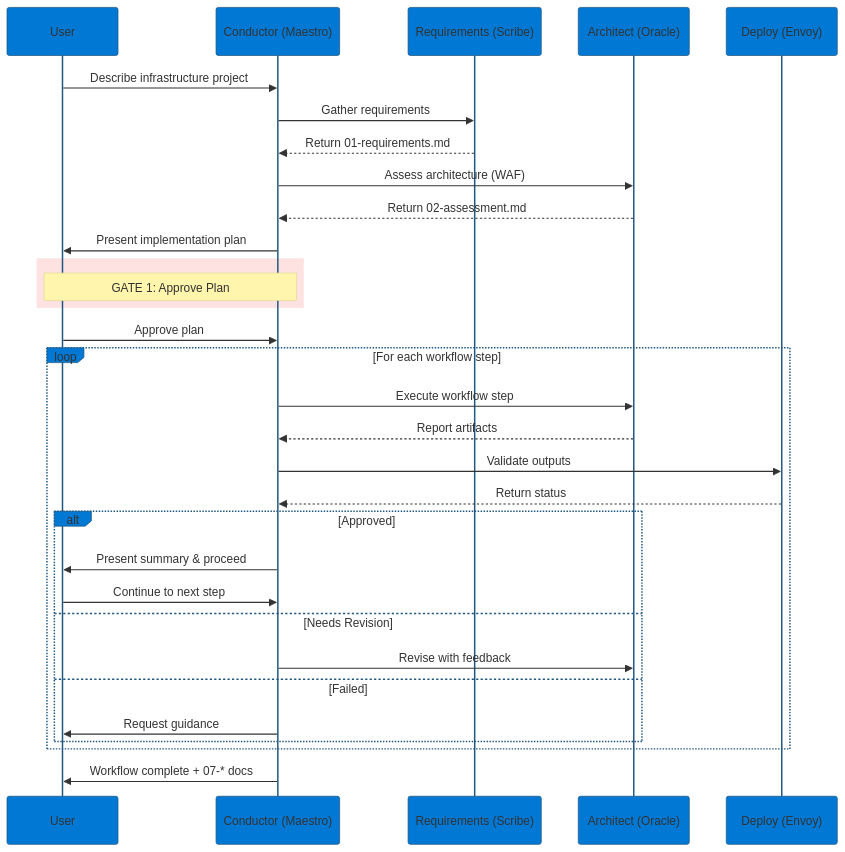
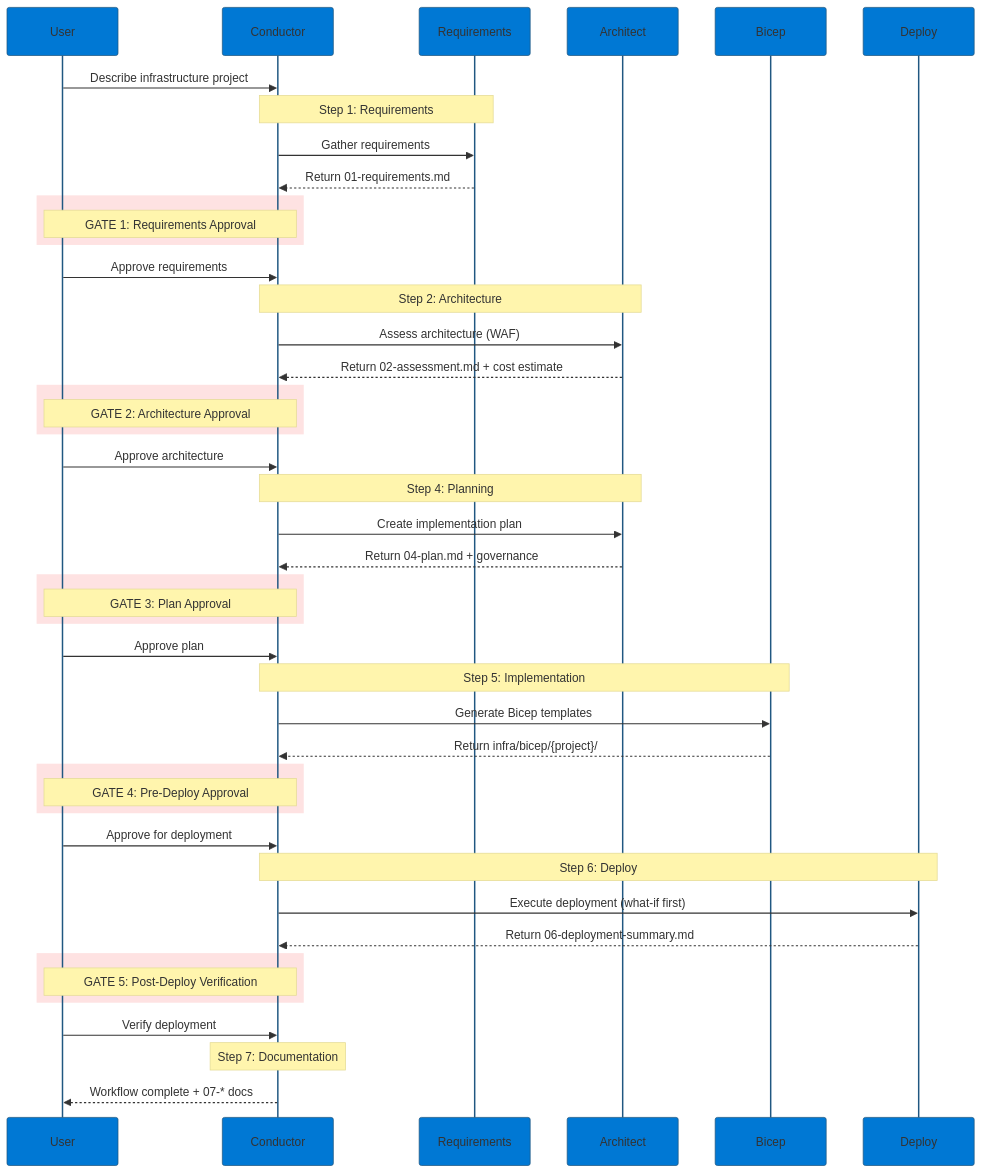
Before and after one commit to genaisrini/azure-agentic-infraops: the diagram in README.md, drawn with Mermaid. The commit also changed 5 other files, not shown here.

First line of the commit message:
feat(docs): v8.2.0 - 5-gate workflow diagram correction (#93)

````diff
--- a/README.md
+++ b/README.md
@@ -155,40 +155,55 @@
 ```mermaid
 %%{init: {'theme':'base', 'themeVariables': {'primaryColor': '#0078D4'}}}%%
 sequenceDiagram
     participant U as User
-    participant C as Conductor (Maestro)
-    participant R as Requirements (Scribe)
-    participant A as Architect (Oracle)
-    participant D as Deploy (Envoy)
+    participant C as Conductor
+    participant R as Requirements
+    participant A as Architect
+    participant B as Bicep
+    participant D as Deploy
 
     U->>C: Describe infrastructure project
+    
+    Note over C,R: Step 1: Requirements
     C->>R: Gather requirements
     R-->>C: Return 01-requirements.md
+    rect rgb(254, 226, 226)
+        Note over U,C: GATE 1: Requirements Approval
+    end
+    U->>C: Approve requirements
+    
+    Note over C,A: Step 2: Architecture
     C->>A: Assess architecture (WAF)
-    A-->>C: Return 02-assessment.md
-    C->>U: Present implementation plan
+    A-->>C: Return 02-assessment.md + cost estimate
+    rect rgb(254, 226, 226)
+        Note over U,C: GATE 2: Architecture Approval
+    end
+    U->>C: Approve architecture
     
+    Note over C,A: Step 4: Planning
+    C->>A: Create implementation plan
+    A-->>C: Return 04-plan.md + governance
     rect rgb(254, 226, 226)
-        Note over U,C: GATE 1: Approve Plan
+        Note over U,C: GATE 3: Plan Approval
     end
-    
     U->>C: Approve plan
     
-    loop For each workflow step
-        C->>A: Execute workflow step
-        A-->>C: Report artifacts
-        C->>D: Validate outputs
-        D-->>C: Return status
-        
-        alt Approved
-            C->>U: Present summary & proceed
-            U->>C: Continue to next step
-        else Needs Revision
-            C->>A: Revise with feedback
-        else Failed
-            C->>U: Request guidance
-        end
+    Note over C,B: Step 5: Implementation
+    C->>B: Generate Bicep templates
+    B-->>C: Return infra/bicep/{project}/
+    rect rgb(254, 226, 226)
+        Note over U,C: GATE 4: Pre-Deploy Approval
     end
+    U->>C: Approve for deployment
     
-    C->>U: Workflow complete + 07-* docs
+    Note over C,D: Step 6: Deploy
+    C->>D: Execute deployment (what-if first)
+    D-->>C: Return 06-deployment-summary.md
+    rect rgb(254, 226, 226)
+        Note over U,C: GATE 5: Post-Deploy Verification
+    end
+    U->>C: Verify deployment
+    
+    Note over C: Step 7: Documentation
+    C-->>U: Workflow complete + 07-* docs
 ```
````
